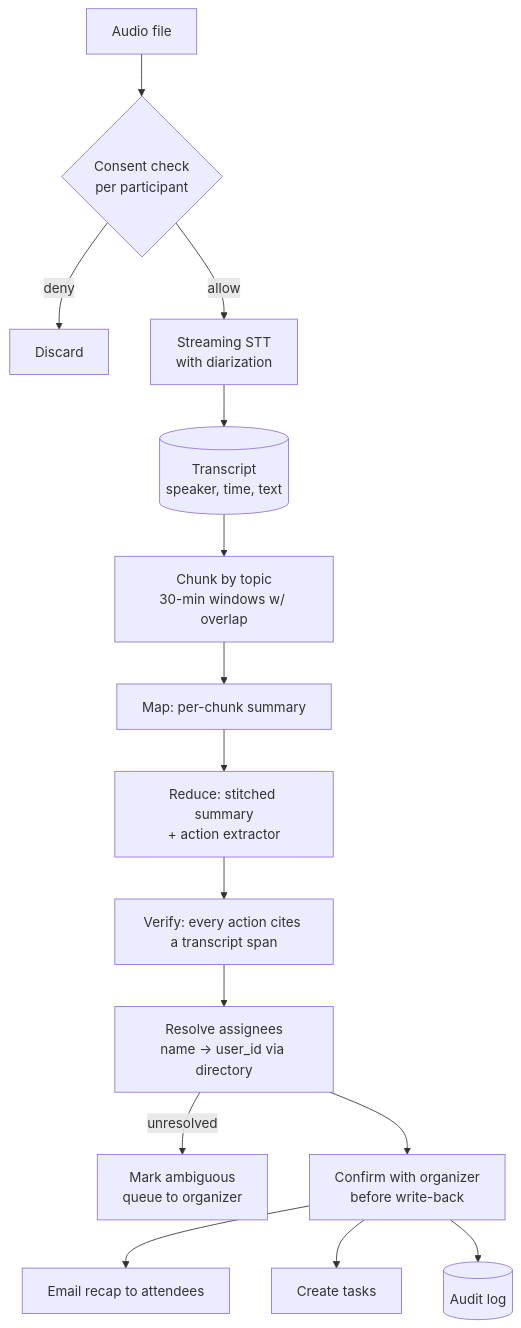
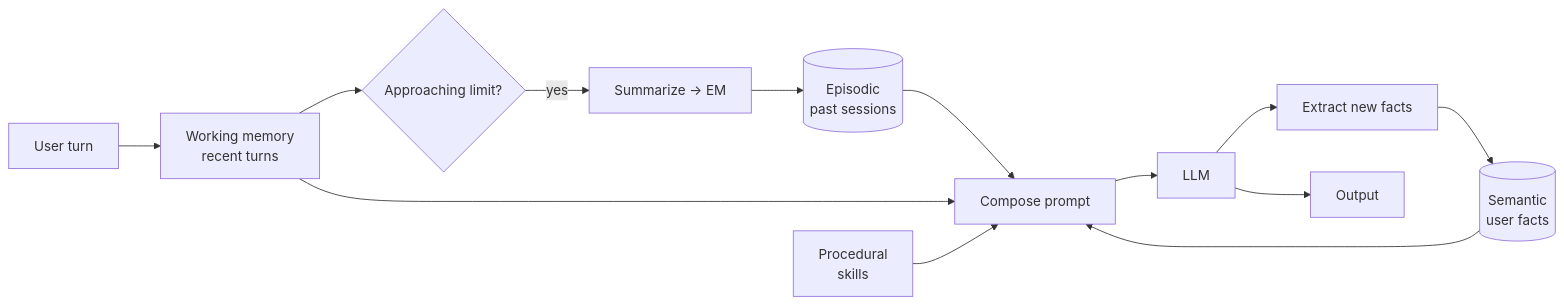
One commit to PranavMotarwar/Urban-Policy-Advisor-LLM changed the ninth of 48 diagrams in SYSTEM_DESIGN_PREP.md. Above: the diagram before and after it, drawn with Mermaid. The commit also changed other lines of this file, not shown here.

````diff
--- a/SYSTEM_DESIGN_PREP.md
+++ b/SYSTEM_DESIGN_PREP.md
@@ -1677,20 +690,15 @@
 ```mermaid
-flowchart TB
-    Audio[Audio file] --> Consent{Consent check<br/>per participant}
-    Consent -->|deny| Drop[Discard]
-    Consent -->|allow| STT[Streaming STT<br/>with diarization]
-
-    STT --> Trans[(Transcript<br/>speaker, time, text)]
-    Trans --> Chunk[Chunk by topic<br/>30-min windows w/ overlap]
-    Chunk --> Map[Map: per-chunk summary]
-    Map --> Reduce[Reduce: stitched summary<br/>+ action extractor]
-
-    Reduce --> Verify1[Verify: every action cites a transcript span]
-    Verify1 --> Resolve[Resolve assignees<br/>name → user_id via directory]
-    Resolve -->|unresolved| Ambig[Mark ambiguous<br/>queue to organizer]
-    Resolve --> Confirm[Confirm with organizer<br/>before write-back]
-
-    Confirm --> Email[Email recap to attendees]
-    Confirm --> Task[Create tasks]
-    Confirm --> Audit[(Audit log)]
+flowchart LR
+    User[User turn] --> WM[Working memory<br/>recent turns]
+    SM[(Semantic<br/>user facts)] --> Compose[Compose prompt]
+    EM[(Episodic<br/>past sessions)] --> Compose
+    WM --> Compose
+    PM[Procedural<br/>skills] --> Compose
+    Compose --> LLM[LLM]
+    LLM --> Extract[Extract new facts]
+    Extract --> SM
+    LLM --> Out[Output]
+    WM --> Roll{Approaching limit?}
+    Roll -->|yes| Sum[Summarize → EM]
+    Sum --> EM
 ```
````
